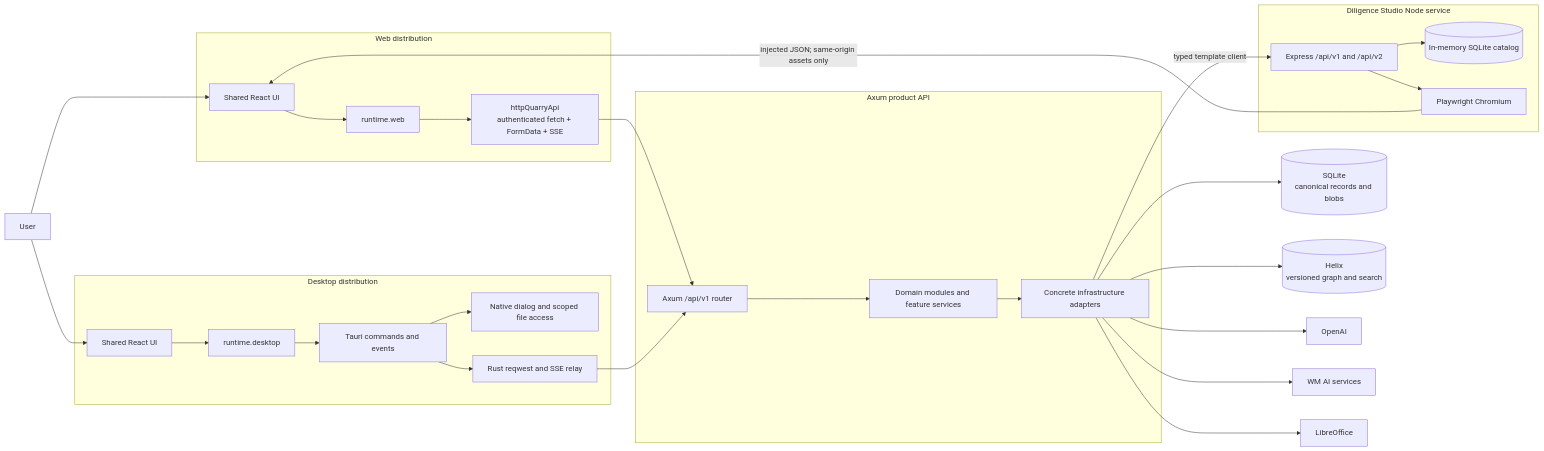
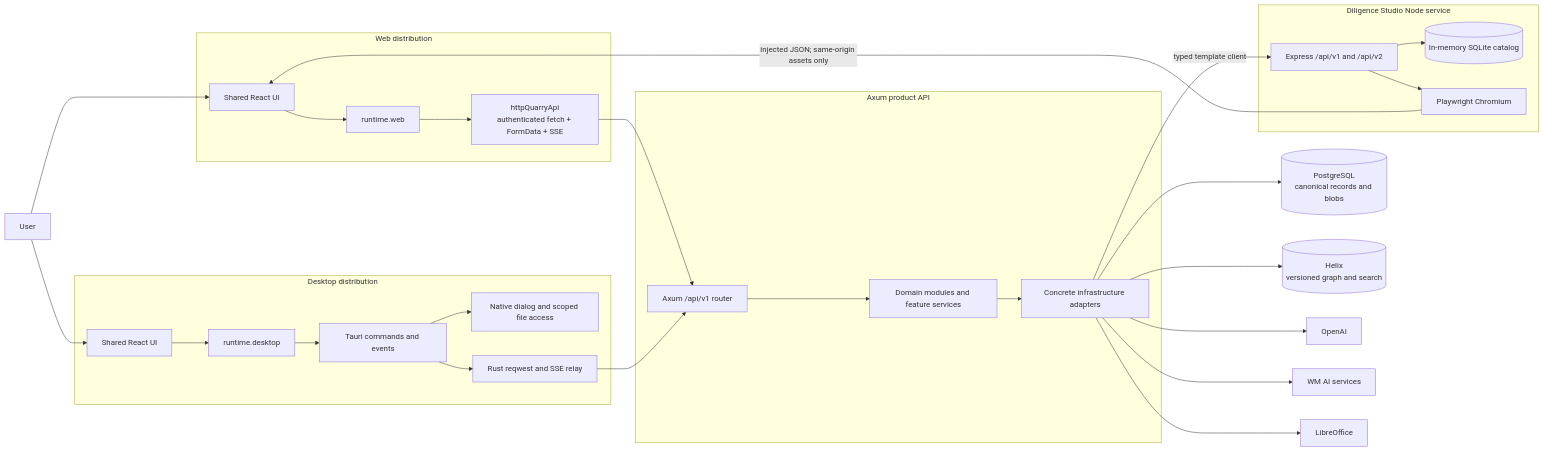
The first of 3 diagrams in docs/ARCHITECTURE.md (ratik-gambhir-WM/Quarry), drawn with Mermaid before and after one commit. The commit also changed other lines of this file and 129 other files, not shown here.

````diff
--- a/docs/ARCHITECTURE.md
+++ b/docs/ARCHITECTURE.md
@@ -90,55 +90,55 @@
 ```mermaid
 flowchart LR
     User[User]
 
     subgraph Browser[Web distribution]
         WebUI[Shared React UI]
         WebRuntime[runtime.web]
         HttpApi[httpQuarryApi\nauthenticated fetch + FormData + SSE]
         WebUI --> WebRuntime --> HttpApi
     end
 
     subgraph Desktop[Desktop distribution]
         DesktopUI[Shared React UI]
         DesktopRuntime[runtime.desktop]
         Tauri[Tauri commands and events]
         Native[Native dialog and scoped file access]
         Relay[Rust reqwest and SSE relay]
         DesktopUI --> DesktopRuntime --> Tauri
         Tauri --> Native
         Tauri --> Relay
     end
 
     subgraph Server[Axum product API]
         Router[Axum /api/v1 router]
         Domains[Domain modules and feature services]
         Adapters[Concrete infrastructure adapters]
         Router --> Domains --> Adapters
     end
 
     subgraph Studio[Diligence Studio Node service]
         StudioApi[Express /api/v1 and /api/v2]
         StudioCatalog[(In-memory SQLite catalog)]
         PreviewRunner[Playwright Chromium]
         StudioApi --> StudioCatalog
         StudioApi --> PreviewRunner
     end
 
-    SQLite[(SQLite\ncanonical records and blobs)]
+    PostgreSQL[(PostgreSQL\ncanonical records and blobs)]
     Helix[(Helix\nversioned graph and search)]
     OpenAI[OpenAI]
     WmAi[WM AI services]
     Office[LibreOffice]
 
     User --> WebUI
     User --> DesktopUI
     HttpApi --> Router
     Relay --> Router
     Adapters -->|typed template client| StudioApi
     PreviewRunner -->|injected JSON; same-origin assets only| WebUI
-    Adapters --> SQLite
+    Adapters --> PostgreSQL
     Adapters --> Helix
     Adapters --> OpenAI
     Adapters --> WmAi
     Adapters --> Office
 ```
````
